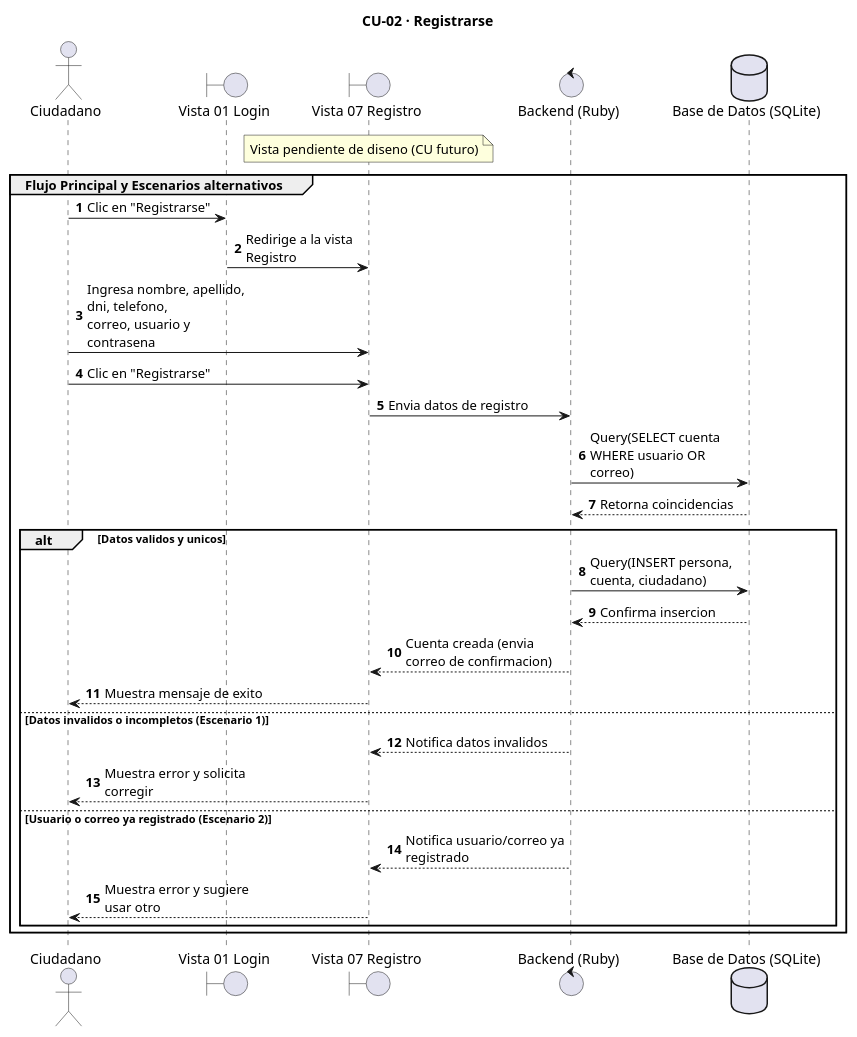
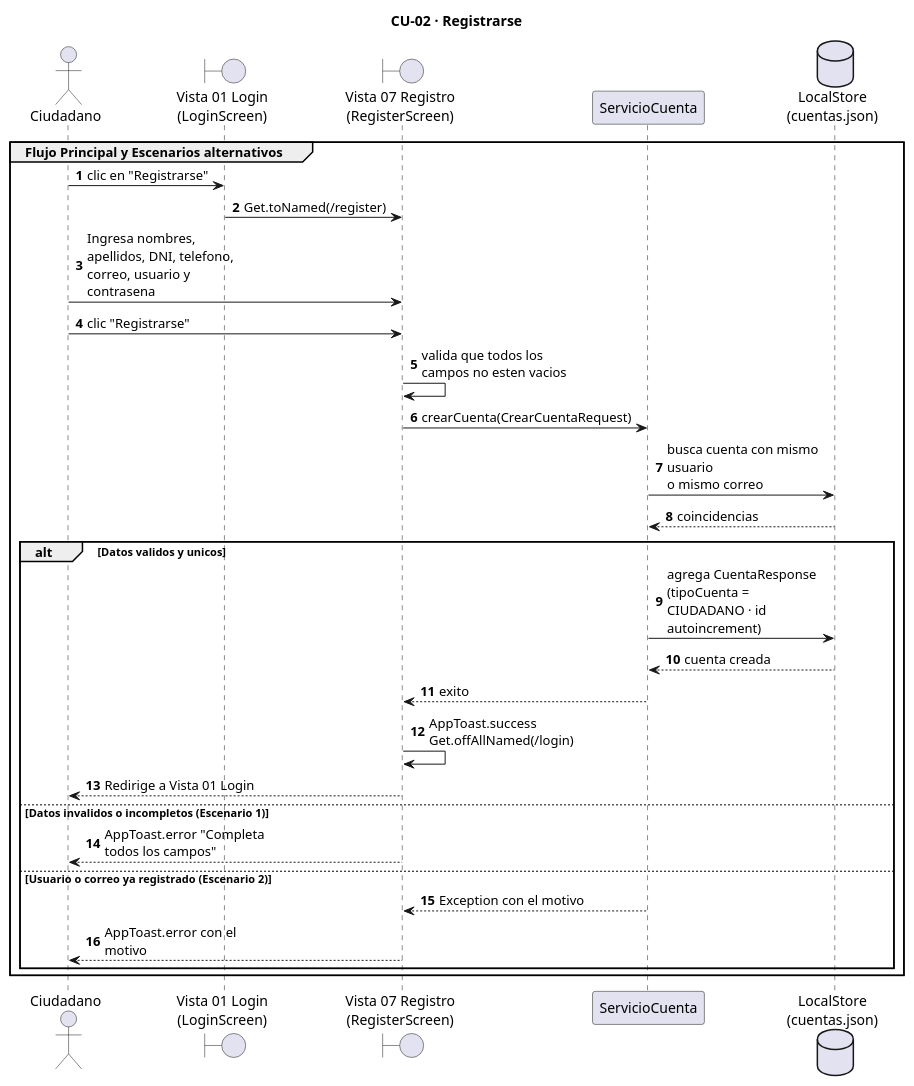
The diagram in docs/diagrams/CU-02_Registrarse_seq.puml (jeffangeloss/ReportaYA-Front), drawn with PlantUML before and after one commit. The commit also changed 8 other files, not shown here.

Commit message:
diagramas

```diff
--- a/docs/diagrams/CU-02_Registrarse_seq.puml
+++ b/docs/diagrams/CU-02_Registrarse_seq.puml
@@ -1,35 +1,35 @@
 @startuml
 title CU-02 · Registrarse
 skinparam maxMessageSize 160
 autonumber
+
 actor Ciudadano
-boundary "Vista 01 Login" as V1
-boundary "Vista 07 Registro" as V7
-control "Backend (Ruby)" as Backend
-database "Base de Datos (SQLite)" as DB
-
-note over V7: Vista pendiente de diseno (CU futuro)
+boundary "Vista 01 Login\n(LoginScreen)" as V1
+boundary "Vista 07 Registro\n(RegisterScreen)" as V7
+participant "ServicioCuenta" as SvcCuenta
+database "LocalStore\n(cuentas.json)" as DB
 
 group Flujo Principal y Escenarios alternativos
-    Ciudadano -> V1: Clic en "Registrarse"
-    V1 -> V7: Redirige a la vista Registro
-    Ciudadano -> V7: Ingresa nombre, apellido, dni, telefono,\ncorreo, usuario y contrasena
-    Ciudadano -> V7: Clic en "Registrarse"
-    V7 -> Backend: Envia datos de registro
-    Backend -> DB: Query(SELECT cuenta WHERE usuario OR correo)
-    DB --> Backend: Retorna coincidencias
+    Ciudadano -> V1: clic en "Registrarse"
+    V1 -> V7: Get.toNamed(/register)
+    Ciudadano -> V7: Ingresa nombres, apellidos, DNI, telefono,\ncorreo, usuario y contrasena
+    Ciudadano -> V7: clic "Registrarse"
+    V7 -> V7: valida que todos los campos no esten vacios
+    V7 -> SvcCuenta: crearCuenta(CrearCuentaRequest)
+    SvcCuenta -> DB: busca cuenta con mismo usuario\no mismo correo
+    DB --> SvcCuenta: coincidencias
 
     alt Datos validos y unicos
-        Backend -> DB: Query(INSERT persona, cuenta, ciudadano)
-        DB --> Backend: Confirma insercion
-        Backend --> V7: Cuenta creada (envia correo de confirmacion)
-        V7 --> Ciudadano: Muestra mensaje de exito
+        SvcCuenta -> DB: agrega CuentaResponse\n(tipoCuenta = CIUDADANO · id autoincrement)
+        DB --> SvcCuenta: cuenta creada
+        SvcCuenta --> V7: exito
+        V7 -> V7: AppToast.success\nGet.offAllNamed(/login)
+        V7 --> Ciudadano: Redirige a Vista 01 Login
     else Datos invalidos o incompletos (Escenario 1)
-        Backend --> V7: Notifica datos invalidos
-        V7 --> Ciudadano: Muestra error y solicita corregir
+        V7 --> Ciudadano: AppToast.error "Completa todos los campos"
     else Usuario o correo ya registrado (Escenario 2)
-        Backend --> V7: Notifica usuario/correo ya registrado
-        V7 --> Ciudadano: Muestra error y sugiere usar otro
+        SvcCuenta --> V7: Exception con el motivo
+        V7 --> Ciudadano: AppToast.error con el motivo
     end
 end
 @enduml
```
